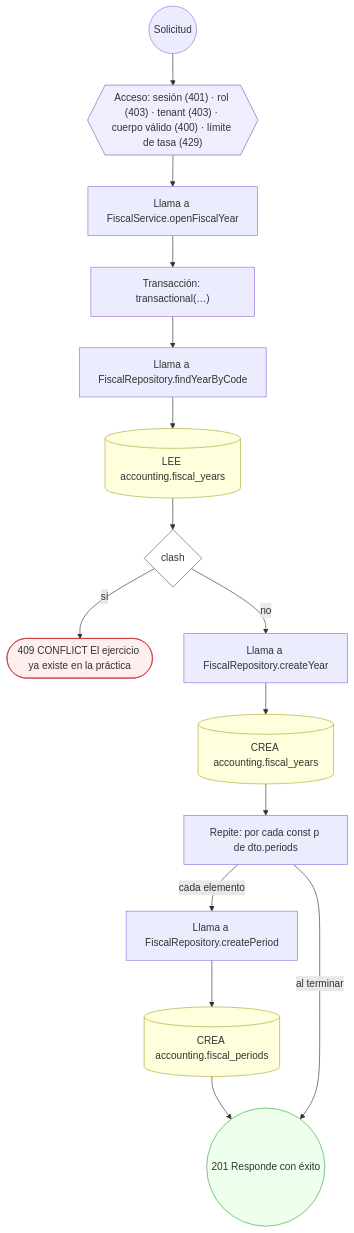
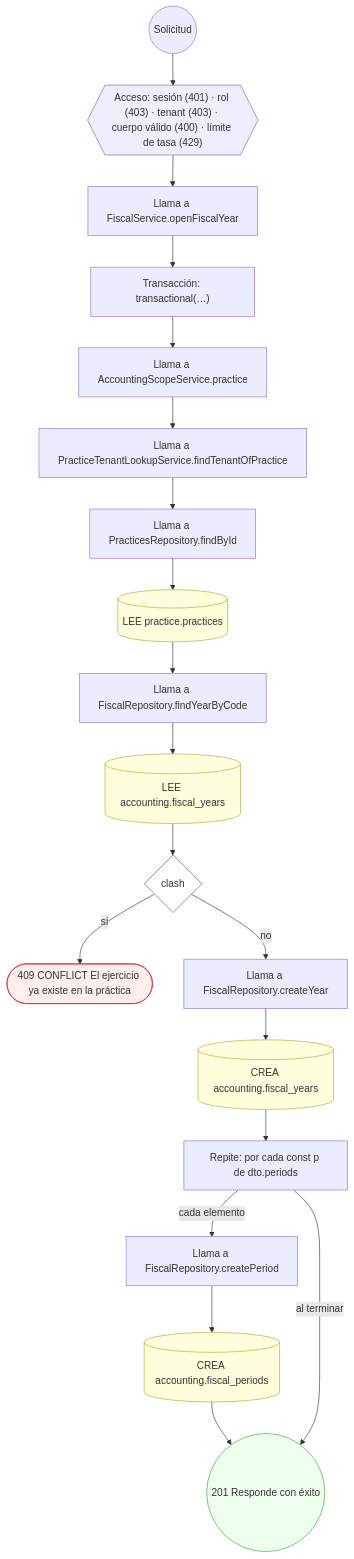
Before and after one commit to mdavila-2001/mantra-core-health-api: diagram 19 of 48 in docs/inventario/flujos/accounting.md, drawn with Mermaid. The commit also changed other lines of this file and 438 other files, not shown here.

````diff
--- a/docs/inventario/flujos/accounting.md
+++ b/docs/inventario/flujos/accounting.md
@@ -1541,37 +1697,45 @@
 ```mermaid
 flowchart TD
   n1(("Solicitud")):::inicio
   n2{{"Acceso: sesión (401) · rol (403) · tenant (403) · cuerpo válido (400) · límite de tasa (429)"}}:::acceso
   n1 --> n2
   n3["Llama a FiscalService.openFiscalYear"]:::llamada
   n2 --> n3
   n4["Transacción: transactional(…)"]:::transaccion
   n3 --> n4
-  n5["Llama a FiscalRepository.findYearByCode"]:::llamada
+  n5["Llama a AccountingScopeService.practice"]:::llamada
   n4 --> n5
-  n6[("LEE accounting.fiscal_years")]:::efecto
+  n6["Llama a PracticeTenantLookupService.findTenantOfPractice"]:::llamada
   n5 --> n6
-  n7{"clash"}:::decision
+  n7["Llama a PracticesRepository.findById"]:::llamada
   n6 --> n7
-  n8(["409 CONFLICT El ejercicio ya existe en la práctica"]):::error
-  n7 -->|"sí"| n8
-  n9["Llama a FiscalRepository.createYear"]:::llamada
-  n7 -->|"no"| n9
-  n10[("CREA accounting.fiscal_years")]:::efecto
+  n8[("LEE practice.practices")]:::efecto
+  n7 --> n8
+  n9["Llama a FiscalRepository.findYearByCode"]:::llamada
+  n8 --> n9
+  n10[("LEE accounting.fiscal_years")]:::efecto
   n9 --> n10
-  n11["Repite: por cada const p de dto.periods"]:::bucle
+  n11{"clash"}:::decision
   n10 --> n11
-  n12["Llama a FiscalRepository.createPeriod"]:::llamada
-  n11 -->|"cada elemento"| n12
-  n13[("CREA accounting.fiscal_periods")]:::efecto
-  n12 --> n13
-  n14(("201 Responde con éxito")):::ok
+  n12(["409 CONFLICT El ejercicio ya existe en la práctica"]):::error
+  n11 -->|"sí"| n12
+  n13["Llama a FiscalRepository.createYear"]:::llamada
+  n11 -->|"no"| n13
+  n14[("CREA accounting.fiscal_years")]:::efecto
   n13 --> n14
-  n11 -->|"al terminar"| n14
+  n15["Repite: por cada const p de dto.periods"]:::bucle
+  n14 --> n15
+  n16["Llama a FiscalRepository.createPeriod"]:::llamada
+  n15 -->|"cada elemento"| n16
+  n17[("CREA accounting.fiscal_periods")]:::efecto
+  n16 --> n17
+  n18(("201 Responde con éxito")):::ok
+  n17 --> n18
+  n15 -->|"al terminar"| n18
   classDef acceso fill:#eef,stroke:#66a
   classDef error fill:#fee,stroke:#c33
   classDef ok fill:#efe,stroke:#3a3
   classDef efecto fill:#ffd,stroke:#aa3
   classDef decision fill:#fff,stroke:#555
   classDef corte fill:#eee,stroke:#999,stroke-dasharray: 4
 ```
````
